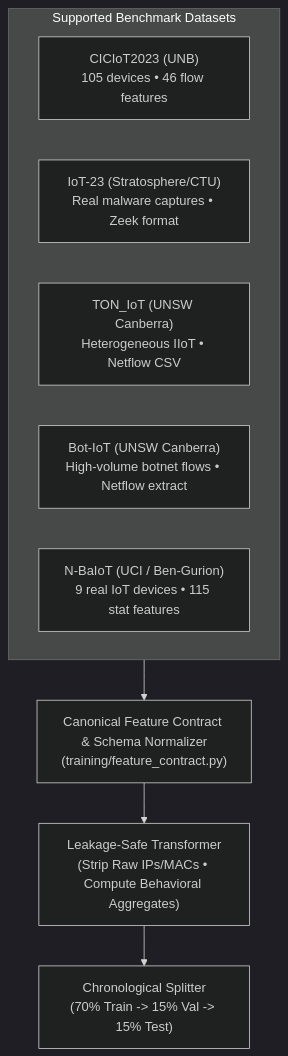
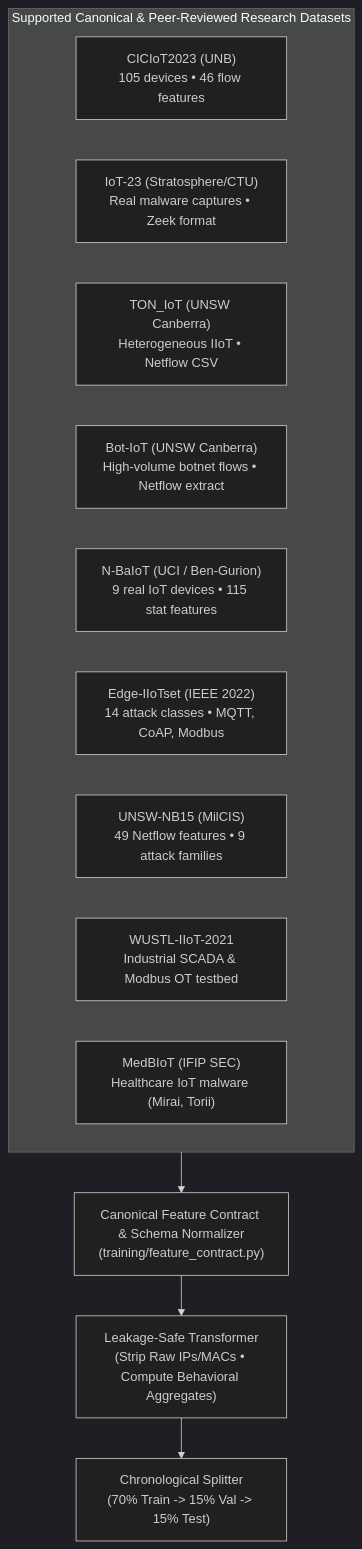
Before and after one commit to Poojax21/ai-iot-intrusion-detection: the second of 4 diagrams in docs/comprehensive_project_report.md, drawn with Mermaid (dark theme). The commit also changed other lines of this file and 10 other files, not shown here.

Commit message:
docs & data: incorporate canonical research datasets (Edge-IIoTset, UNSW-NB15) and explain operational FPR 0.67% base rate mechanics

````diff
--- a/docs/comprehensive_project_report.md
+++ b/docs/comprehensive_project_report.md
@@ -66,19 +66,23 @@
 ```mermaid
 flowchart TD
-    subgraph DATASETS["Supported Benchmark Datasets"]
+    subgraph DATASETS["Supported Canonical & Peer-Reviewed Research Datasets"]
         D1["CICIoT2023 (UNB)<br/>105 devices • 46 flow features"]
         D2["IoT-23 (Stratosphere/CTU)<br/>Real malware captures • Zeek format"]
         D3["TON_IoT (UNSW Canberra)<br/>Heterogeneous IIoT • Netflow CSV"]
         D4["Bot-IoT (UNSW Canberra)<br/>High-volume botnet flows • Netflow extract"]
         D5["N-BaIoT (UCI / Ben-Gurion)<br/>9 real IoT devices • 115 stat features"]
+        D6["Edge-IIoTset (IEEE 2022)<br/>14 attack classes • MQTT, CoAP, Modbus"]
+        D7["UNSW-NB15 (MilCIS)<br/>49 Netflow features • 9 attack families"]
+        D8["WUSTL-IIoT-2021<br/>Industrial SCADA & Modbus OT testbed"]
+        D9["MedBIoT (IFIP SEC)<br/>Healthcare IoT malware (Mirai, Torii)"]
     end
 
     NORM["Canonical Feature Contract & Schema Normalizer<br/>(training/feature_contract.py)"]
     DATASETS --> NORM
     
     LEAK["Leakage-Safe Transformer<br/>(Strip Raw IPs/MACs • Compute Behavioral Aggregates)"]
     NORM --> LEAK
     
     CHRONO["Chronological Splitter<br/>(70% Train -> 15% Val -> 15% Test)"]
     LEAK --> CHRONO
 ```
````
